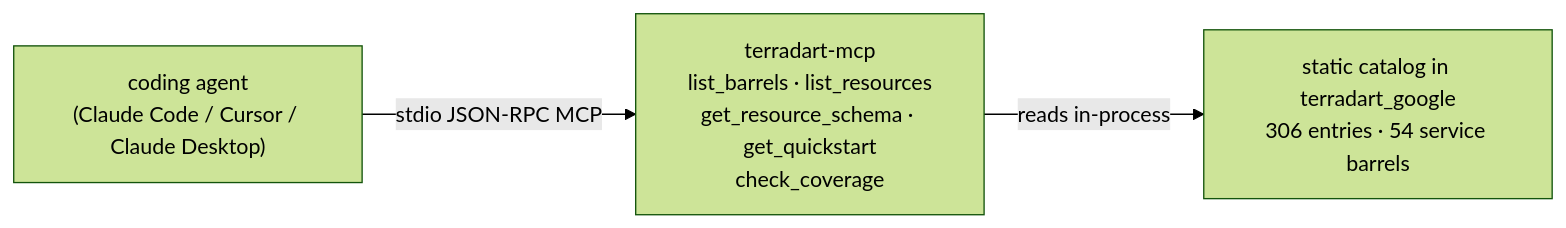
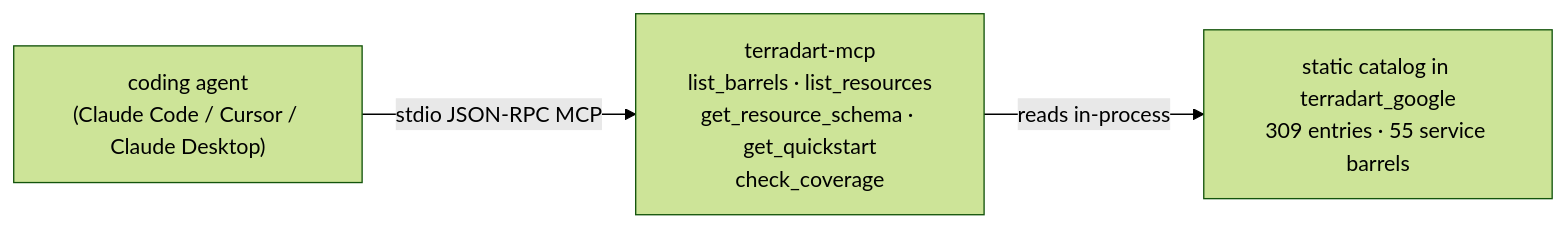
Before and after one commit to nozomi-koborinai/terradart: the diagram in website/src/content/docs/docs/agent/index.md, drawn with Mermaid (forest theme). The commit also changed other lines of this file and 26 other files, not shown here.

````diff
--- a/website/src/content/docs/docs/agent/index.md
+++ b/website/src/content/docs/docs/agent/index.md
@@ -12,8 +12,8 @@
 ```mermaid
 graph LR
   agent["coding agent<br/>(Claude Code / Cursor / Claude Desktop)"]
   mcp["terradart-mcp<br/>list_barrels · list_resources<br/>get_resource_schema · get_quickstart<br/>check_coverage"]
-  catalog["static catalog in terradart_google<br/>306 entries · 54 service barrels"]
+  catalog["static catalog in terradart_google<br/>309 entries · 55 service barrels"]
   agent -->|stdio JSON-RPC MCP| mcp
   mcp -->|reads in-process| catalog
 ```
````
